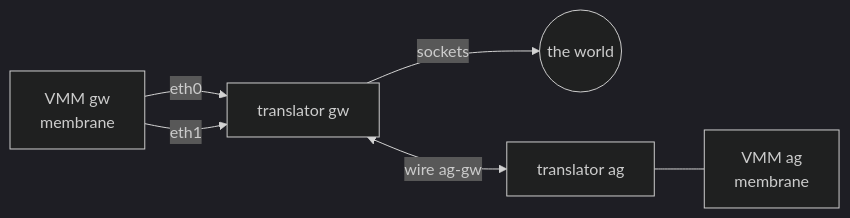
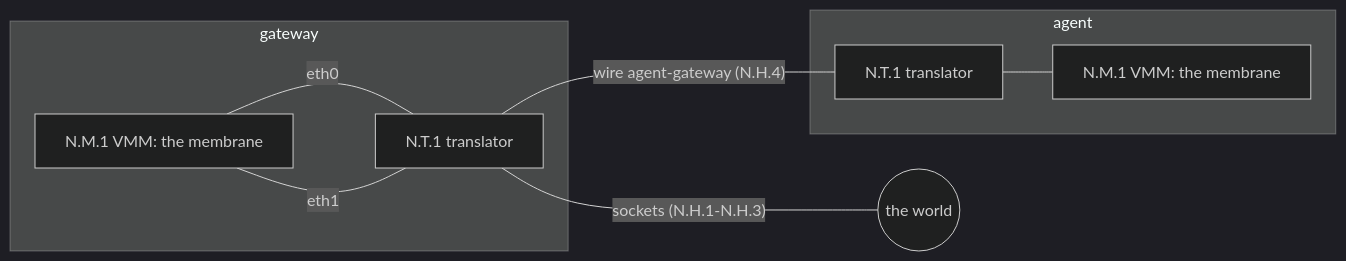
Before and after one commit to omne-earth/cella: the third of 5 diagrams in docs/EXAMPLES.md, drawn with Mermaid (dark theme). The commit also changed other lines of this file and 19 other files, not shown here.

````diff
--- a/docs/EXAMPLES.md
+++ b/docs/EXAMPLES.md
@@ -51,13 +88,17 @@
 ```mermaid
 graph LR
-    W((the world))
-    TG[translator gw]
-    GW[VMM gw<br/>membrane]
-    TA[translator ag]
-    AG[VMM ag<br/>membrane]
-    GW -- eth0 --> TG
-    TG -- sockets --> W
-    GW -- eth1 --> TG
-    TG <-- "wire ag-gw" --> TA
+    W(("the world"))
+    subgraph MG["gateway"]
+        TG["N.T.1 translator"]
+        GW["N.M.1 VMM: the membrane"]
+    end
+    subgraph MA["agent"]
+        TA["N.T.1 translator"]
+        AG["N.M.1 VMM: the membrane"]
+    end
+    GW ---|"eth0"| TG
+    TG ---|"sockets (N.H.1-N.H.3)"| W
+    GW ---|"eth1"| TG
+    TG ---|"wire agent-gateway (N.H.4)"| TA
     TA --- AG
 ```
````
